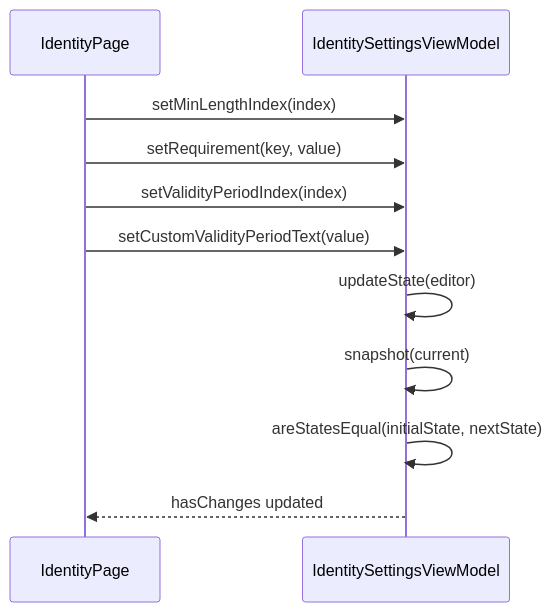
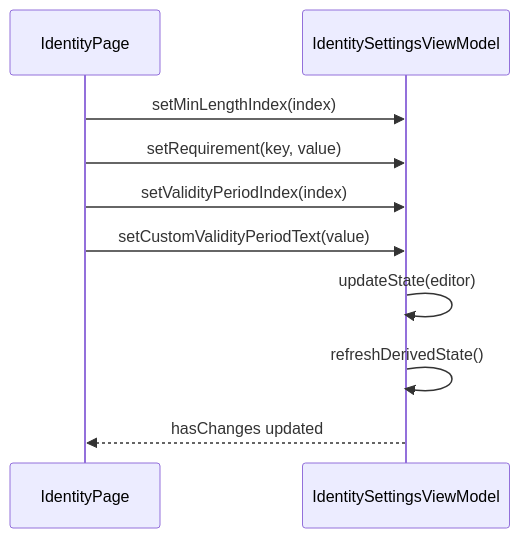
One commit to Deslord319/security_tool changed the fourth of 7 diagrams in docs/03-模块设计/身份鉴别组件设计说明.md. Above: the diagram before and after it, drawn with Mermaid. The commit also changed other lines of this file and 43 other files, not shown here.

````diff
--- a/docs/03-模块设计/身份鉴别组件设计说明.md
+++ b/docs/03-模块设计/身份鉴别组件设计说明.md
@@ -277,14 +289,13 @@
 ```mermaid
 sequenceDiagram
   participant UI as IdentityPage
   participant VM as IdentitySettingsViewModel
 
   UI->>VM: setMinLengthIndex(index)
   UI->>VM: setRequirement(key, value)
   UI->>VM: setValidityPeriodIndex(index)
   UI->>VM: setCustomValidityPeriodText(value)
   VM->>VM: updateState(editor)
-  VM->>VM: snapshot(current)
-  VM->>VM: areStatesEqual(initialState, nextState)
+  VM->>VM: refreshDerivedState()
   VM-->>UI: hasChanges updated
 ```
````
